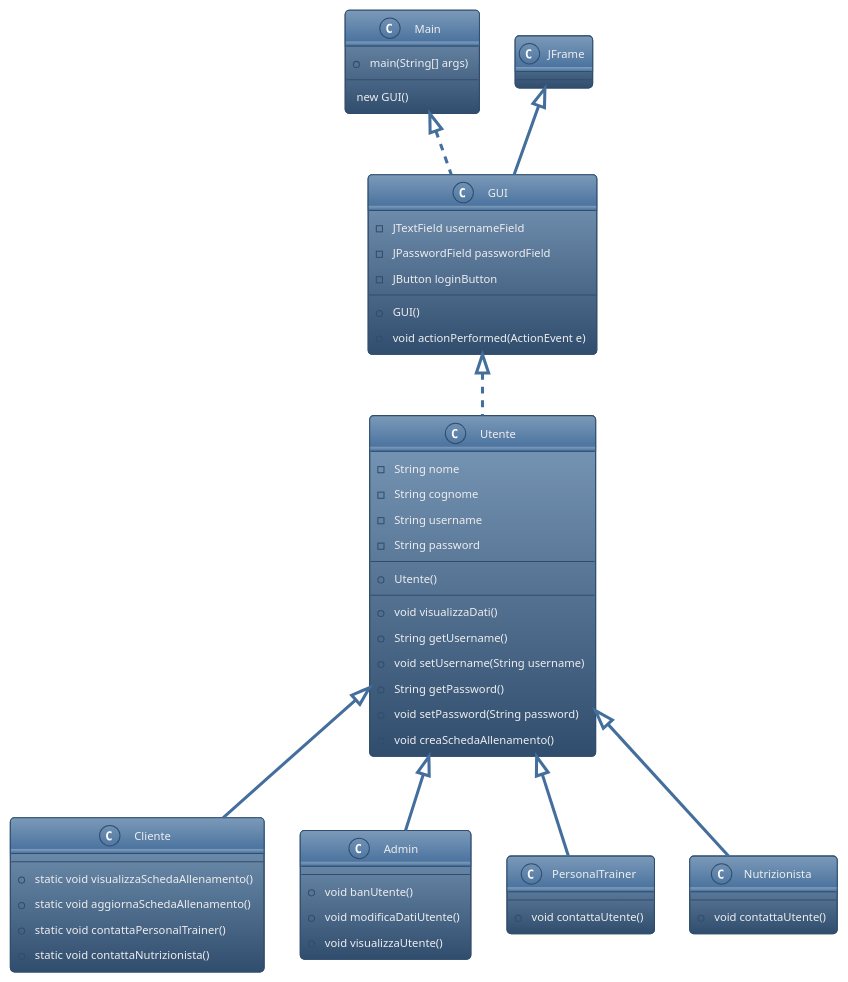
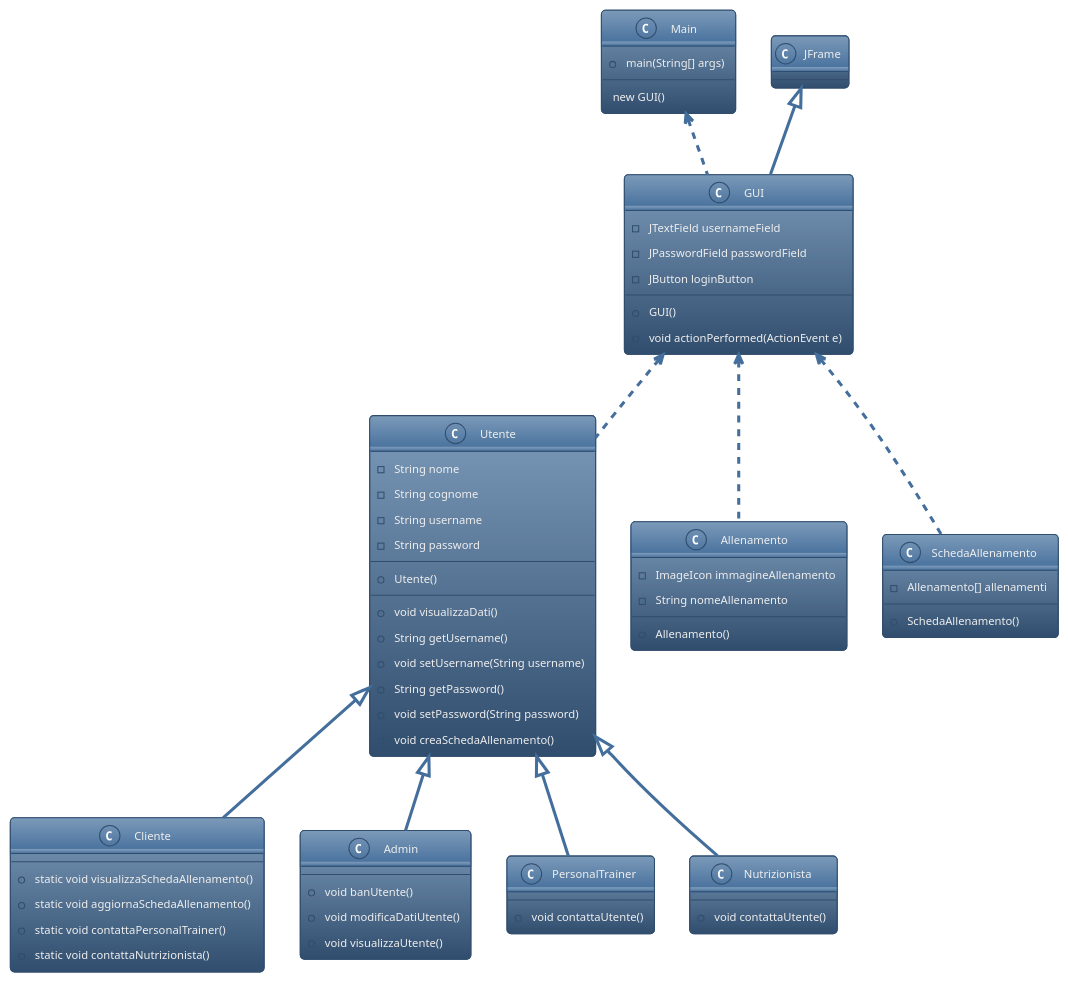
The diagram in Uml/Main.puml (simonenapolitano/Progetto_Palestra), drawn with PlantUML before and after one commit.

Commit message:
Cambiato il file Main.puml

```diff
--- a/Uml/Main.puml
+++ b/Uml/Main.puml
@@ -1,56 +1,74 @@
 @startuml Main.puml
 !theme spacelab
 
 class Main {
     +main(String[] args)
     --
     new GUI()
 }
 
-class Utente implements GUI {
+class Utente {
     -String nome
     -String cognome
     -String username
     -String password
     --
     +Utente()
     --
     +void visualizzaDati()
     +String getUsername()
     +void setUsername(String username)
     +String getPassword()
     +void setPassword(String password)
     +void creaSchedaAllenamento()
 }
 
 class Cliente extends Utente {
     +static void visualizzaSchedaAllenamento()
     +static void aggiornaSchedaAllenamento()
     +static void contattaPersonalTrainer()
     +static void contattaNutrizionista()
 }
 
 class Admin extends Utente {
     +void banUtente()
     +void modificaDatiUtente()
     +void visualizzaUtente() 
 }
 
 class PersonalTrainer extends Utente {
     +void contattaUtente()
 }
 
 class Nutrizionista extends Utente {
     +void contattaUtente()
 }
 
-class GUI extends JFrame implements Main {
+class GUI extends JFrame {
     -JTextField usernameField
     -JPasswordField passwordField
     -JButton loginButton
     --
     +GUI()
     +void actionPerformed(ActionEvent e)
 }
 
+class Allenamento {
+    -ImageIcon immagineAllenamento
+    -String nomeAllenamento
+    --
+    +Allenamento()
+}
+
+class SchedaAllenamento {
+    -Allenamento[] allenamenti
+    --
+    +SchedaAllenamento()
+}
+
+Main <.. GUI
+GUI <.. Utente
+GUI <.. SchedaAllenamento 
+GUI <.. Allenamento
+
 @enduml
```
